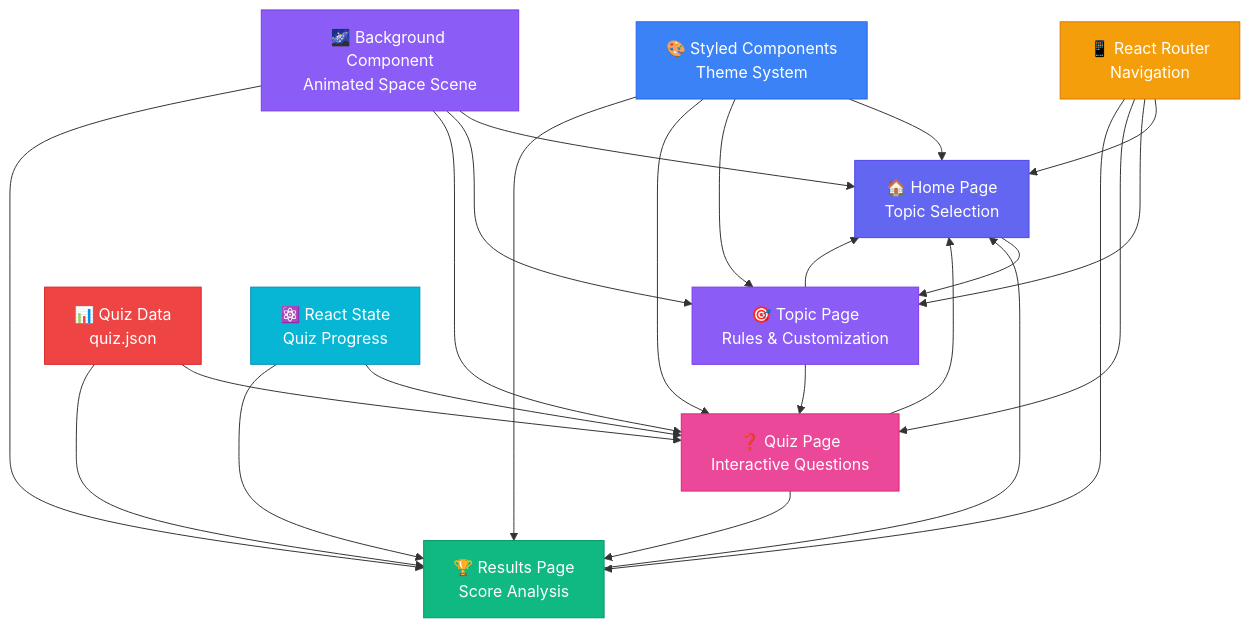
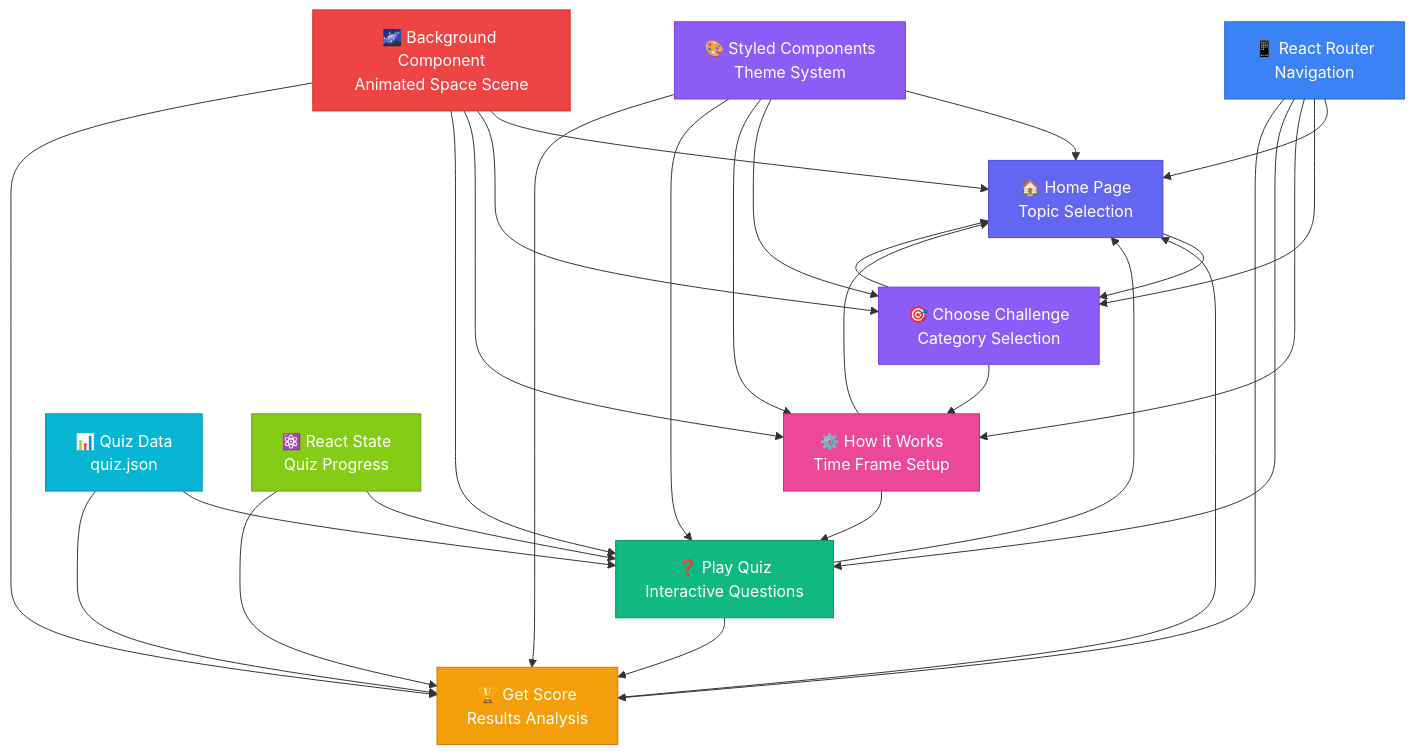
Before and after one commit to rahulgupta-nitjsr/trendtrivia: the first of 2 diagrams in README.md, drawn with Mermaid. The commit also changed other lines of this file and 32 other files, not shown here.

````diff
--- a/README.md
+++ b/README.md
@@ -153,40 +158,43 @@
 ```mermaid
 graph TD
-    A["🏠 Home Page<br/>Topic Selection"] --> B["🎯 Topic Page<br/>Rules & Customization"]
-    B --> C["❓ Quiz Page<br/>Interactive Questions"]
-    C --> D["🏆 Results Page<br/>Score Analysis"]
+    A["🏠 Home Page<br/>Topic Selection"] --> B["🎯 Choose Challenge<br/>Category Selection"] --> C["⚙️ How it Works<br/>Time Frame Setup"] --> D["❓ Play Quiz<br/>Interactive Questions"] --> E["🏆 Get Score<br/>Results Analysis"]
+    E --> A
     D --> A
     C --> A
     B --> A
     
-    E["📱 React Router<br/>Navigation"] --> A
-    E --> B
-    E --> C
-    E --> D
-    
-    F["🎨 Styled Components<br/>Theme System"] --> A
+    F["📱 React Router<br/>Navigation"] --> A
     F --> B
     F --> C
     F --> D
+    F --> E
     
-    G["🌌 Background Component<br/>Animated Space Scene"] --> A
+    G["🎨 Styled Components<br/>Theme System"] --> A
     G --> B
     G --> C
     G --> D
+    G --> E
     
-    H["📊 Quiz Data<br/>quiz.json"] --> C
+    H["🌌 Background Component<br/>Animated Space Scene"] --> A
+    H --> B
+    H --> C
     H --> D
+    H --> E
     
-    I["⚛️ React State<br/>Quiz Progress"] --> C
-    I --> D
+    I["📊 Quiz Data<br/>quiz.json"] --> D
+    I --> E
+    
+    J["⚛️ React State<br/>Quiz Progress"] --> D
+    J --> E
     
     style A fill:#6366f1,stroke:#4f46e5,color:#fff
     style B fill:#8b5cf6,stroke:#7c3aed,color:#fff
     style C fill:#ec4899,stroke:#db2777,color:#fff
     style D fill:#10b981,stroke:#059669,color:#fff
     style E fill:#f59e0b,stroke:#d97706,color:#fff
     style F fill:#3b82f6,stroke:#2563eb,color:#fff
     style G fill:#8b5cf6,stroke:#7c3aed,color:#fff
     style H fill:#ef4444,stroke:#dc2626,color:#fff
     style I fill:#06b6d4,stroke:#0891b2,color:#fff
+    style J fill:#84cc16,stroke:#65a30d,color:#fff
 ```
````
